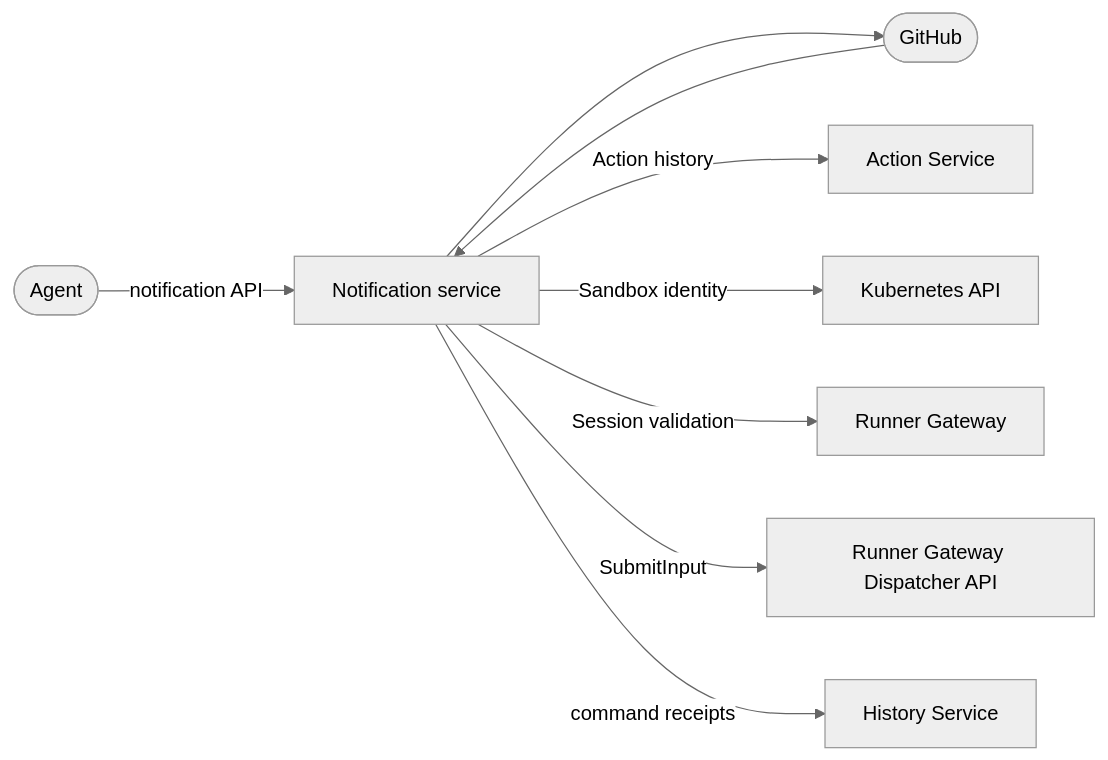
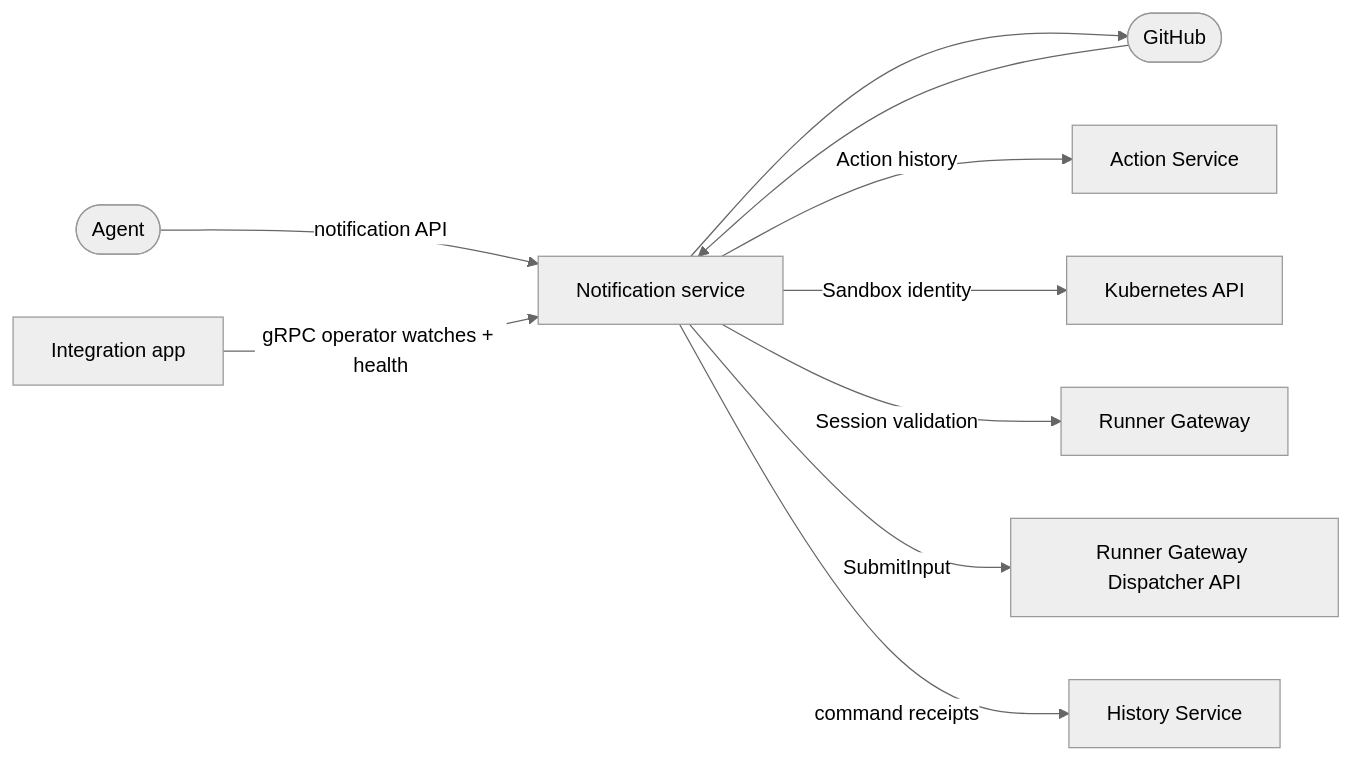
Before and after one commit to agentydragon/ducktape: the fourth of 5 diagrams in agentplane/docs/system_overview.md, drawn with Mermaid (neutral theme). The commit also changed other lines of this file and 2 other files, not shown here.

First line of the commit message:
agentplane: draw the app-to-Notifications gRPC edge and say who runs the Go image

````diff
--- a/agentplane/docs/system_overview.md
+++ b/agentplane/docs/system_overview.md
@@ -94,20 +94,22 @@
 ```mermaid
 flowchart LR
     agent([Agent])
+    app[Integration app]
     github([GitHub])
     notifications[Notification service]
     actions[Action Service]
     k8s[Kubernetes API]
     gateway[Runner Gateway]
     dispatcher[Runner Gateway Dispatcher API]
     history[History Service]
 
     agent -->|notification API| notifications
+    app -->|gRPC operator watches + health| notifications
     github --> notifications
     notifications --> github
     notifications -->|Action history| actions
     notifications -->|Sandbox identity| k8s
     notifications -->|Session validation| gateway
     notifications -->|SubmitInput| dispatcher
     notifications -->|command receipts| history
 ```
````
